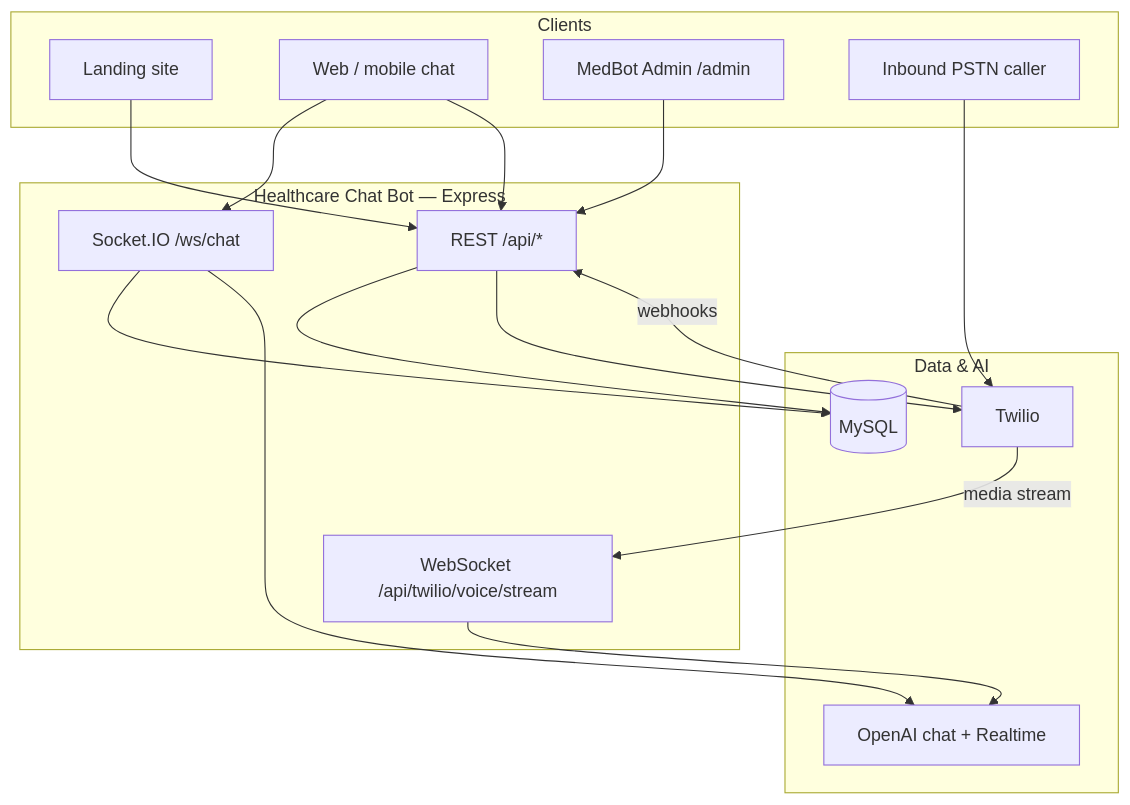
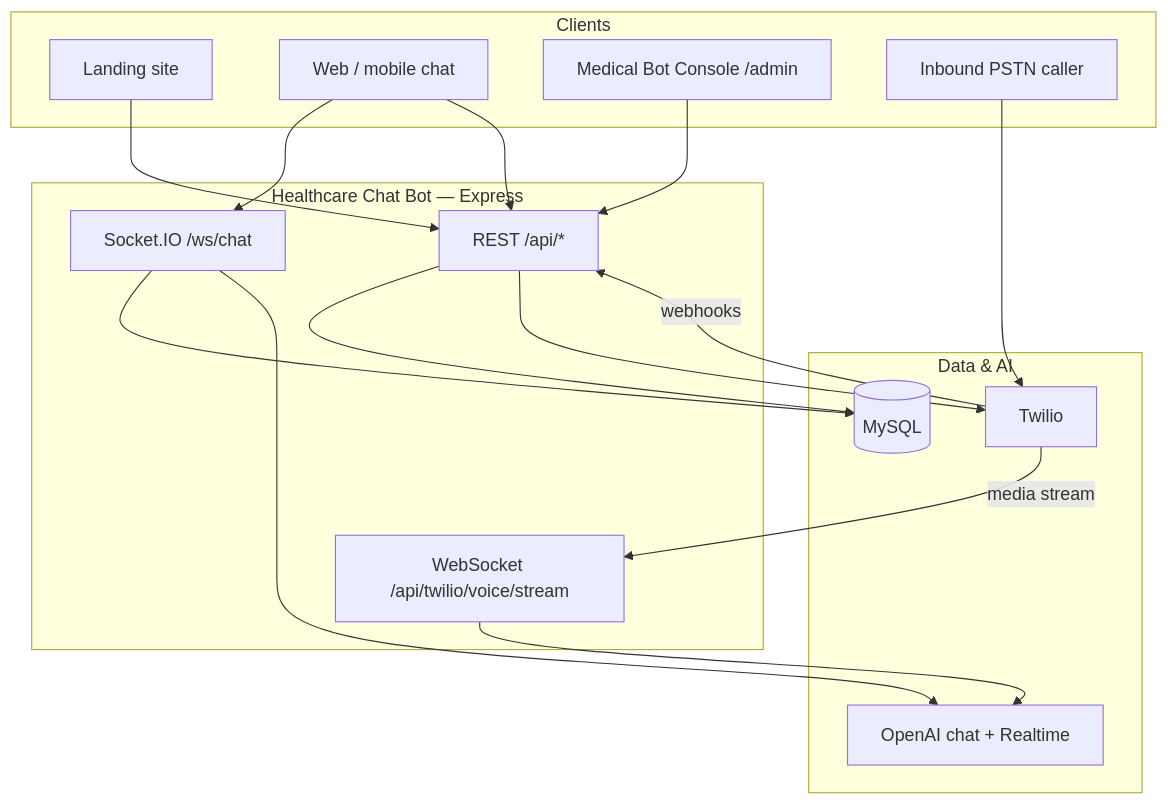
Before and after one commit to ying0121/medback: the diagram in README.md, drawn with Mermaid. The commit also changed other lines of this file and 26 other files, not shown here.

````diff
--- a/README.md
+++ b/README.md
@@ -24,35 +24,35 @@
 ```mermaid
 flowchart TB
   subgraph clients [Clients]
     Landing[Landing site]
     WebChat[Web / mobile chat]
-    Admin[MedBot Admin /admin]
+    Admin[Medical Bot Console /admin]
     Phone[Inbound PSTN caller]
   end
 
   subgraph platform [Healthcare Chat Bot — Express]
     API[REST /api/*]
     SIO[Socket.IO /ws/chat]
     WS[WebSocket /api/twilio/voice/stream]
   end
 
   subgraph data [Data & AI]
     MySQL[(MySQL)]
     OpenAI[OpenAI chat + Realtime]
     Twilio[Twilio]
   end
 
   Landing --> API
   WebChat --> SIO
   WebChat --> API
   Admin --> API
   Phone --> Twilio
   Twilio -->|webhooks| API
   Twilio -->|media stream| WS
 
   API --> MySQL
   SIO --> MySQL
   SIO --> OpenAI
   WS --> OpenAI
   API --> Twilio
 ```
````
